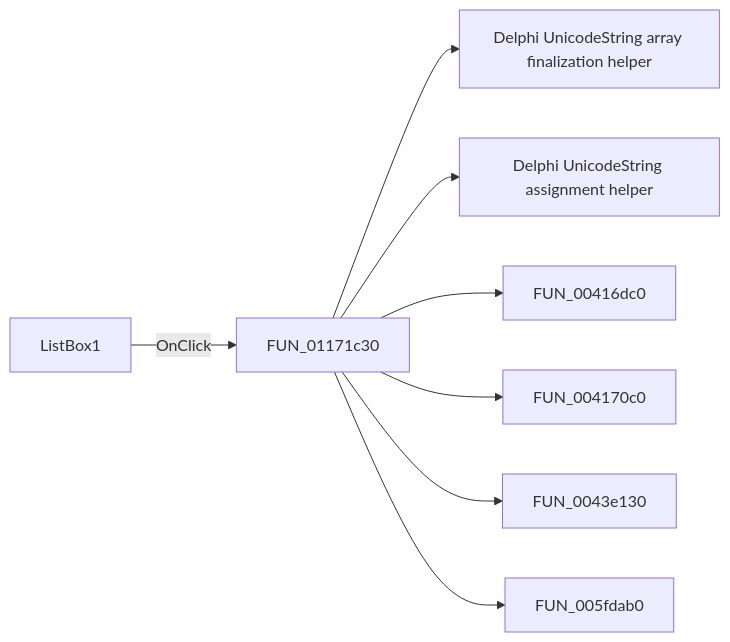
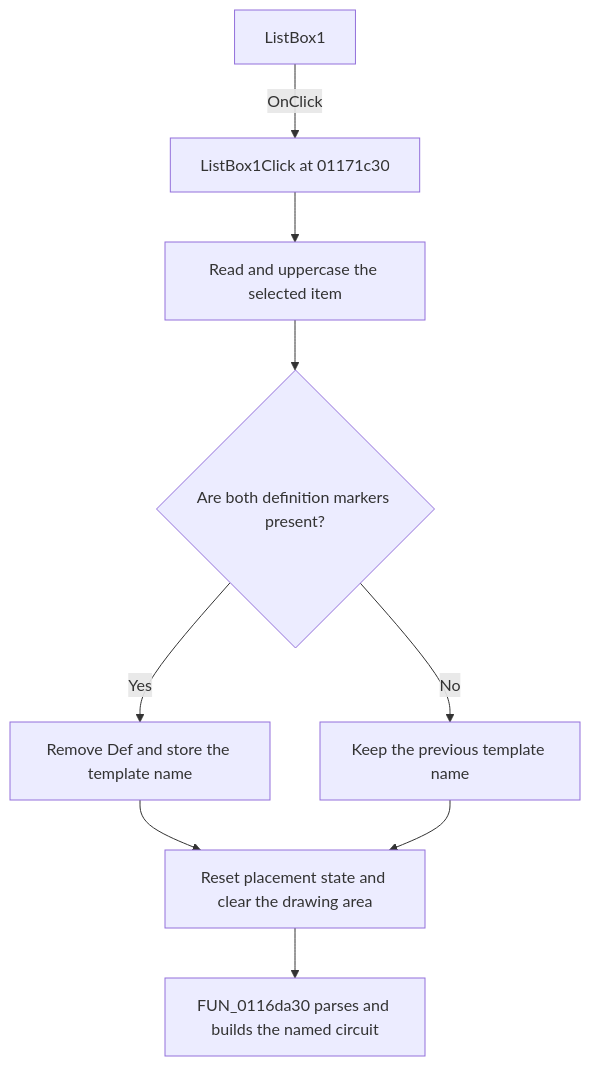
One commit to MovGP0/TIARA changed the diagram in docs/ui-controls/screen-form1/listbox1-3fc307125b.md. Above: the diagram before and after it, drawn with Mermaid. The commit also changed other lines of this file and 1062 other files, not shown here.

````diff
--- a/docs/ui-controls/screen-form1/listbox1-3fc307125b.md
+++ b/docs/ui-controls/screen-form1/listbox1-3fc307125b.md
@@ -27,10 +31,11 @@
 ```mermaid
-flowchart LR
-    control["ListBox1"] -->|OnClick| handler["FUN_01171c30"]
-    handler --> call1["Delphi UnicodeString array finalization helper"]
-    handler --> call2["Delphi UnicodeString assignment helper"]
-    handler --> call3["FUN_00416dc0"]
-    handler --> call4["FUN_004170c0"]
-    handler --> call5["FUN_0043e130"]
-    handler --> call6["FUN_005fdab0"]
+flowchart TD
+    control["ListBox1"] -->|OnClick| handler["ListBox1Click at 01171c30"]
+    handler --> selected["Read and uppercase the selected item"]
+    selected --> definition{"Are both definition markers present?"}
+    definition -->|Yes| extract["Remove Def and store the template name"]
+    definition -->|No| stale["Keep the previous template name"]
+    extract --> reset["Reset placement state and clear the drawing area"]
+    stale --> reset
+    reset --> build["FUN_0116da30 parses and builds the named circuit"]
 ```
````
